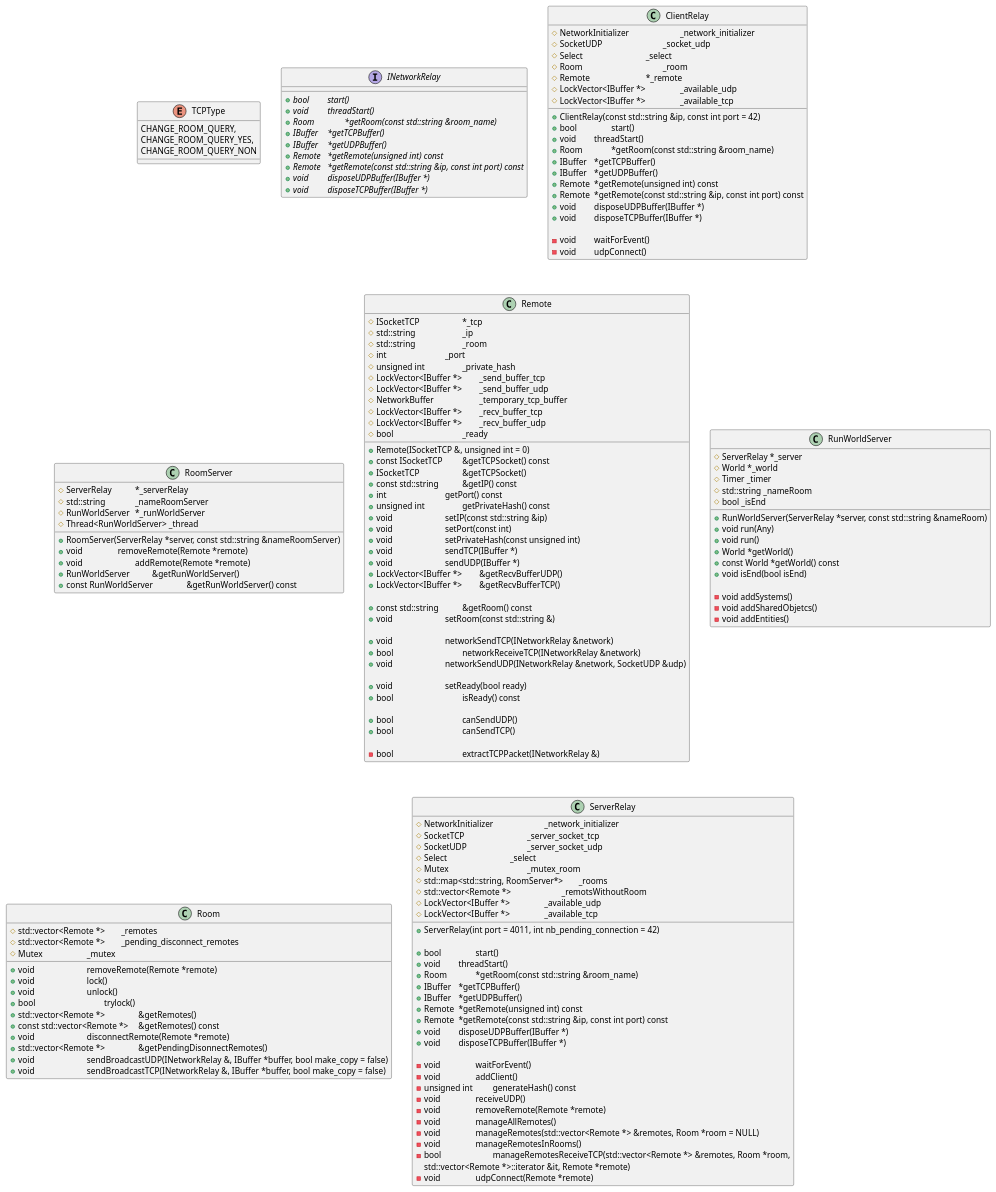
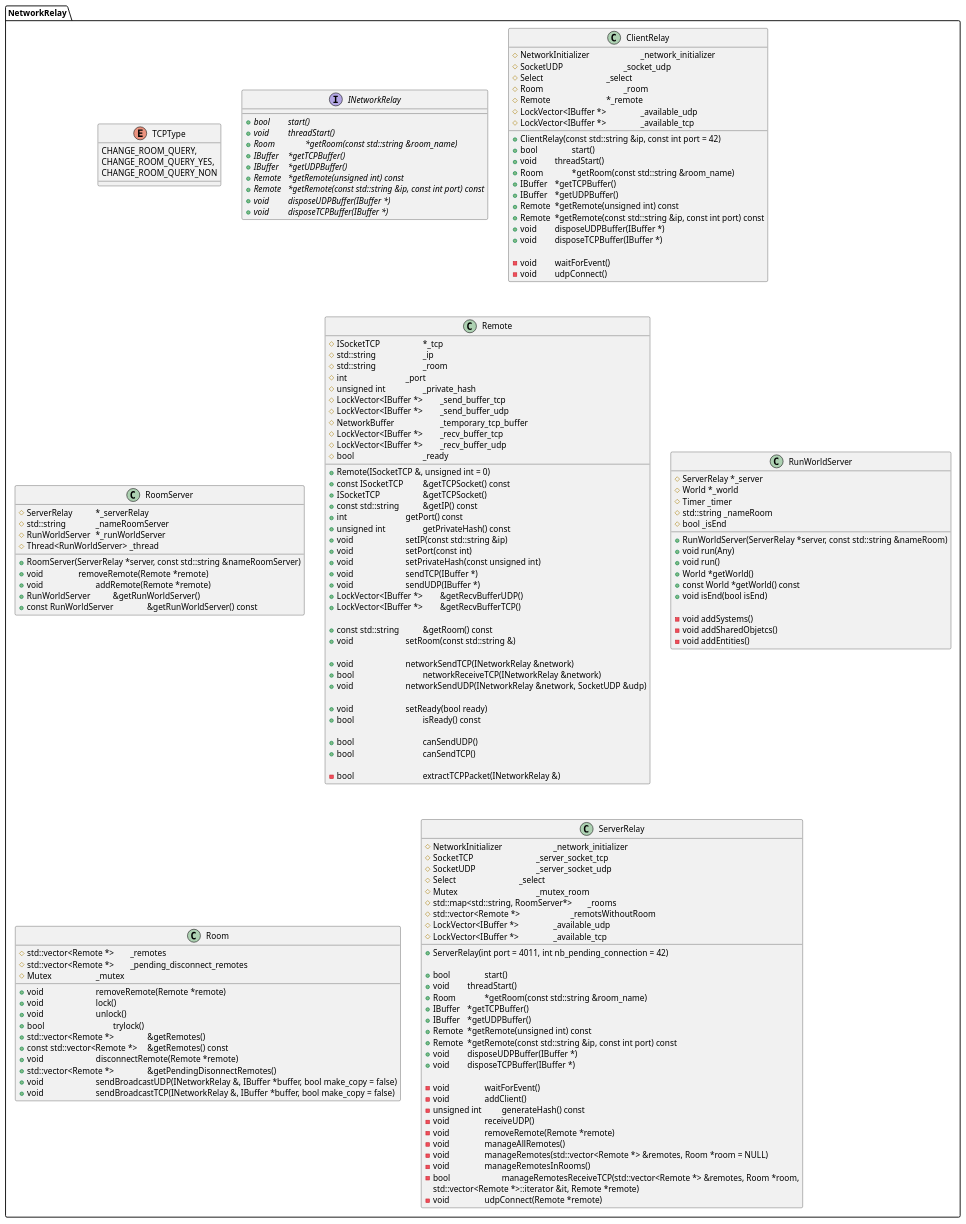
One commit to deb0ch/R-Type changed the diagram in doc/UML/NetworkRelay-Classes.iuml. Above: the diagram before and after it, drawn with PlantUML. The commit also changed 4 other files, not shown here.

```diff
--- a/doc/UML/NetworkRelay-Classes.iuml
+++ b/doc/UML/NetworkRelay-Classes.iuml
@@ -1,170 +1,174 @@
+
+package NetworkRelay {
 
 enum TCPType {
 	CHANGE_ROOM_QUERY,
 	CHANGE_ROOM_QUERY_YES,
 	CHANGE_ROOM_QUERY_NON
 }
 
 interface INetworkRelay {
   + {abstract} bool		start()
   + {abstract} void		threadStart()
   + {abstract} Room		*getRoom(const std::string &room_name)
   + {abstract} IBuffer	*getTCPBuffer()
   + {abstract} IBuffer	*getUDPBuffer()
   + {abstract} Remote	*getRemote(unsigned int) const
   + {abstract} Remote	*getRemote(const std::string &ip, const int port) const
   + {abstract} void		disposeUDPBuffer(IBuffer *)
   + {abstract} void		disposeTCPBuffer(IBuffer *)
 }
 
 class ClientRelay {
   + ClientRelay(const std::string &ip, const int port = 42)
   + bool		start()
   + void		threadStart()
   + Room		*getRoom(const std::string &room_name)
   + IBuffer	*getTCPBuffer()
   + IBuffer	*getUDPBuffer()
   + Remote	*getRemote(unsigned int) const
   + Remote	*getRemote(const std::string &ip, const int port) const
   + void		disposeUDPBuffer(IBuffer *)
   + void		disposeTCPBuffer(IBuffer *)
 
   - void 	waitForEvent()
   - void 	udpConnect()
 
   # NetworkInitializer			_network_initializer
   # SocketUDP				_socket_udp
   # Select				_select
   # Room					_room
   # Remote				*_remote
   # LockVector<IBuffer *>			_available_udp
   # LockVector<IBuffer *>			_available_tcp
 }
 
 class RoomServer {
   + RoomServer(ServerRelay *server, const std::string &nameRoomServer)
   + void			removeRemote(Remote *remote)
   + void				addRemote(Remote *remote)
   + RunWorldServer		&getRunWorldServer()
   + const RunWorldServer		&getRunWorldServer() const
 
   # ServerRelay		*_serverRelay
   # std::string		_nameRoomServer
   # RunWorldServer	*_runWorldServer
   # Thread<RunWorldServer> _thread
 }
 
 class Remote {
   + Remote(ISocketTCP &, unsigned int = 0)
   + const ISocketTCP		&getTCPSocket() const
   + ISocketTCP			&getTCPSocket()
   + const std::string		&getIP() const
   + int				getPort() const
   + unsigned int			getPrivateHash() const
   + void				setIP(const std::string &ip)
   + void				setPort(const int)
   + void				setPrivateHash(const unsigned int)
   + void				sendTCP(IBuffer *)
   + void				sendUDP(IBuffer *)
   + LockVector<IBuffer *>		&getRecvBufferUDP()
   + LockVector<IBuffer *>		&getRecvBufferTCP()
 
   + const std::string		&getRoom() const
   + void				setRoom(const std::string &)
 
   + void				networkSendTCP(INetworkRelay &network)
   + bool				networkReceiveTCP(INetworkRelay &network)
   + void				networkSendUDP(INetworkRelay &network, SocketUDP &udp)
 
   + void				setReady(bool ready)
   + bool				isReady() const
 
   + bool				canSendUDP()
   + bool				canSendTCP()
 
   - bool				extractTCPPacket(INetworkRelay &)
 
   # ISocketTCP			*_tcp
   # std::string			_ip
   # std::string			_room
   # int				_port
   # unsigned int			_private_hash
   # LockVector<IBuffer *>		_send_buffer_tcp
   # LockVector<IBuffer *>		_send_buffer_udp
   # NetworkBuffer			_temporary_tcp_buffer
   # LockVector<IBuffer *>		_recv_buffer_tcp
   # LockVector<IBuffer *>		_recv_buffer_udp
   # bool				_ready
 }
 
 class RunWorldServer {
   + RunWorldServer(ServerRelay *server, const std::string &nameRoom)
   + void run(Any)
   + void run()
   + World *getWorld()
   + const World *getWorld() const
   + void isEnd(bool isEnd)
 
   - void addSystems()
   - void addSharedObjetcs()
   - void addEntities()
 
   # ServerRelay *_server
   # World *_world
   # Timer _timer
   # std::string _nameRoom
   # bool _isEnd
 }
 
 class Room {
   + void				removeRemote(Remote *remote)
   + void				lock()
   + void				unlock()
   + bool				trylock()
   + std::vector<Remote *>		&getRemotes()
   + const std::vector<Remote *>	&getRemotes() const
   + void				disconnectRemote(Remote *remote)
   + std::vector<Remote *>		&getPendingDisonnectRemotes()
   + void				sendBroadcastUDP(INetworkRelay &, IBuffer *buffer, bool make_copy = false)
   + void				sendBroadcastTCP(INetworkRelay &, IBuffer *buffer, bool make_copy = false)
 
   # std::vector<Remote *>	_remotes
   # std::vector<Remote *>	_pending_disconnect_remotes
   # Mutex			_mutex
 }
 
 class ServerRelay {
   + ServerRelay(int port = 4011, int nb_pending_connection = 42)
 
   + bool		start()
   + void		threadStart()
   + Room		*getRoom(const std::string &room_name)
   + IBuffer	*getTCPBuffer()
   + IBuffer	*getUDPBuffer()
   + Remote	*getRemote(unsigned int) const
   + Remote	*getRemote(const std::string &ip, const int port) const
   + void		disposeUDPBuffer(IBuffer *)
   + void		disposeTCPBuffer(IBuffer *)
 
   - void			waitForEvent()
   - void			addClient()
   - unsigned int		generateHash() const
   - void			receiveUDP()
   - void			removeRemote(Remote *remote)
   - void			manageAllRemotes()
   - void			manageRemotes(std::vector<Remote *> &remotes, Room *room = NULL)
   - void			manageRemotesInRooms()
   - bool			manageRemotesReceiveTCP(std::vector<Remote *> &remotes, Room *room,
 						std::vector<Remote *>::iterator &it, Remote *remote)
   - void			udpConnect(Remote *remote)
 
   # NetworkInitializer			_network_initializer
   # SocketTCP				_server_socket_tcp
   # SocketUDP				_server_socket_udp
   # Select				_select
   # Mutex					_mutex_room
   # std::map<std::string, RoomServer*>	_rooms
   # std::vector<Remote *>			_remotsWithoutRoom
   # LockVector<IBuffer *>			_available_udp
   # LockVector<IBuffer *>			_available_tcp
 }
+
+}
```
